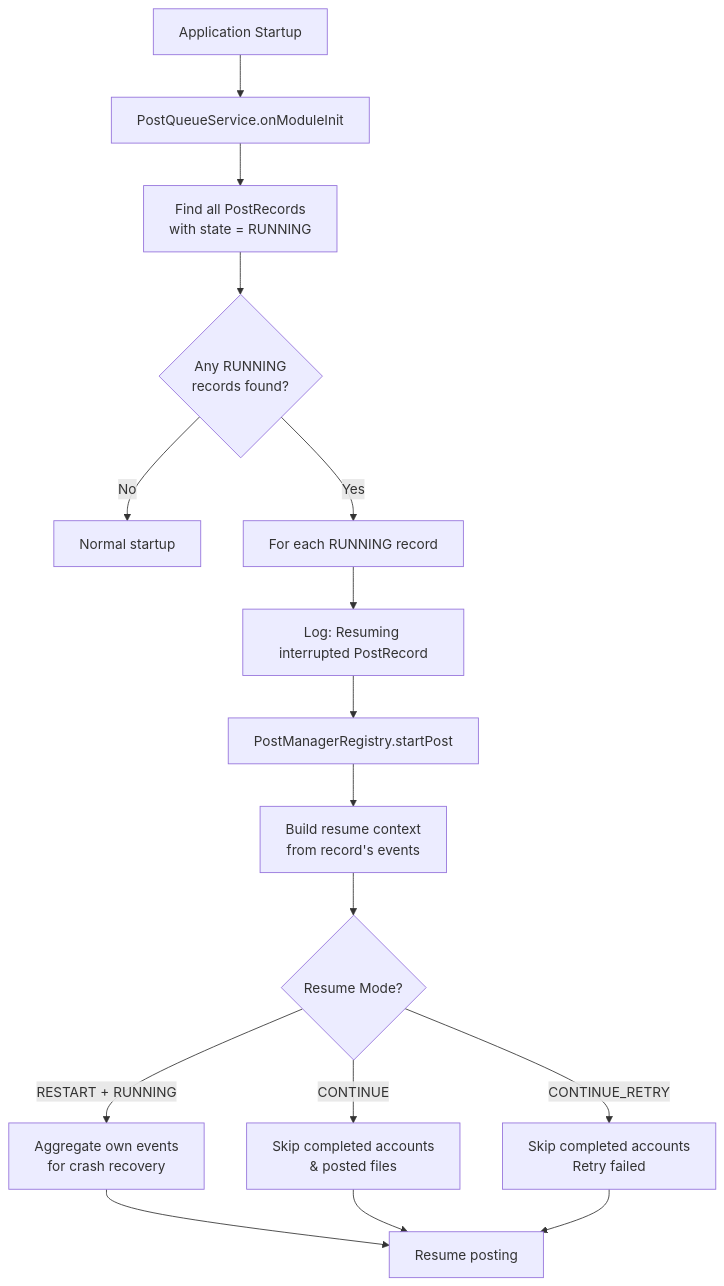
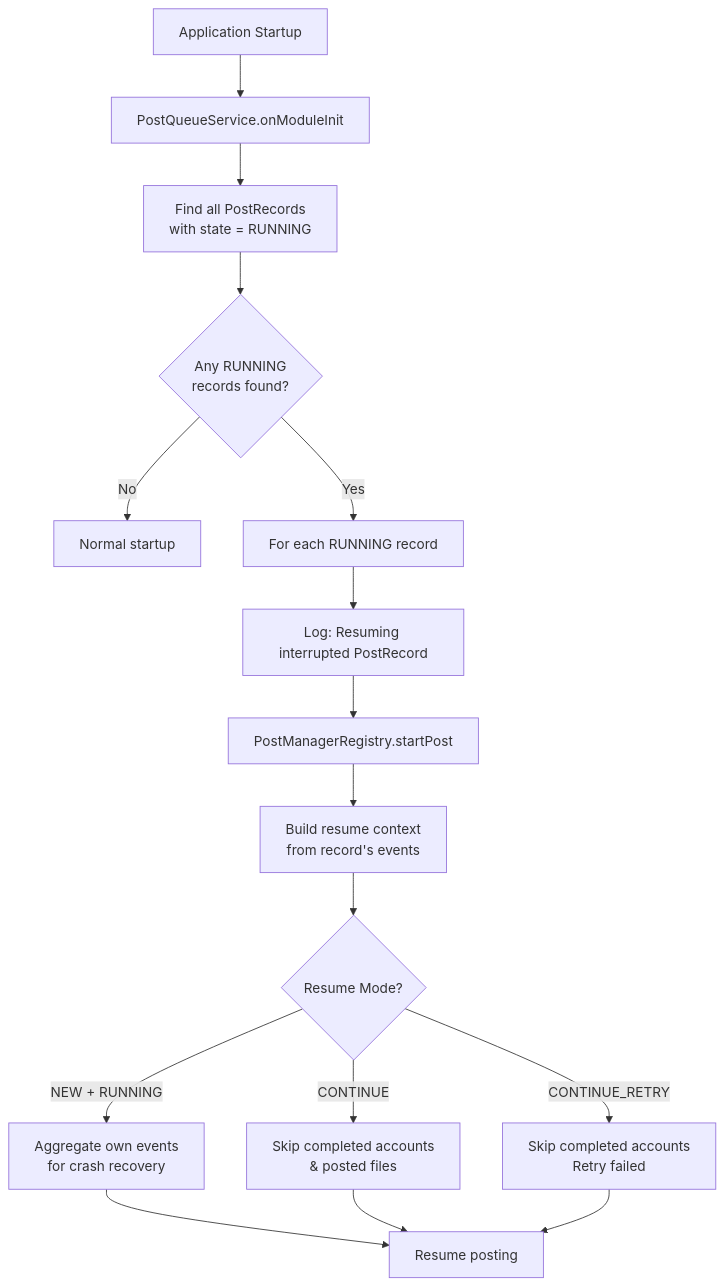
The ninth of 10 diagrams in docs/POST_QUEUE_FLOWS.md (mvdicarlo/postybirb), drawn with Mermaid before and after one commit. The commit also changed other lines of this file and 6 other files, not shown here.

````diff
--- a/docs/POST_QUEUE_FLOWS.md
+++ b/docs/POST_QUEUE_FLOWS.md
@@ -255,27 +255,27 @@
 ```mermaid
 flowchart TD
     A[Application Startup] --> B[PostQueueService.onModuleInit]
 
     B --> C[Find all PostRecords<br/>with state = RUNNING]
 
     C --> D{Any RUNNING<br/>records found?}
 
     D -->|No| E[Normal startup]
 
     D -->|Yes| F[For each RUNNING record]
 
     F --> G[Log: Resuming interrupted PostRecord]
     G --> H[PostManagerRegistry.startPost]
 
     H --> I[Build resume context<br/>from record's events]
 
     I --> J{Resume Mode?}
 
-    J -->|RESTART + RUNNING| K[Aggregate own events<br/>for crash recovery]
+    J -->|NEW + RUNNING| K[Aggregate own events<br/>for crash recovery]
     J -->|CONTINUE| L[Skip completed accounts<br/>& posted files]
     J -->|CONTINUE_RETRY| M[Skip completed accounts<br/>Retry failed]
 
     K --> N[Resume posting]
     L --> N
     M --> N
 ```
````
